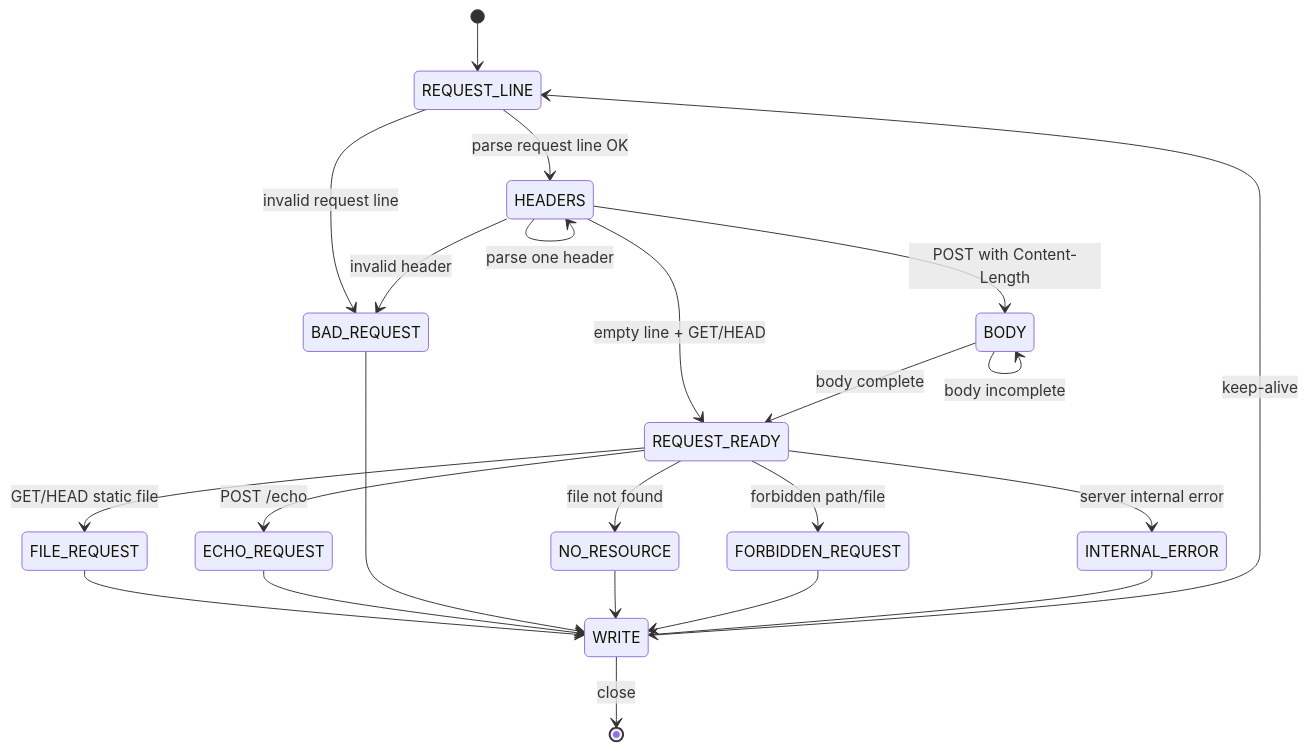
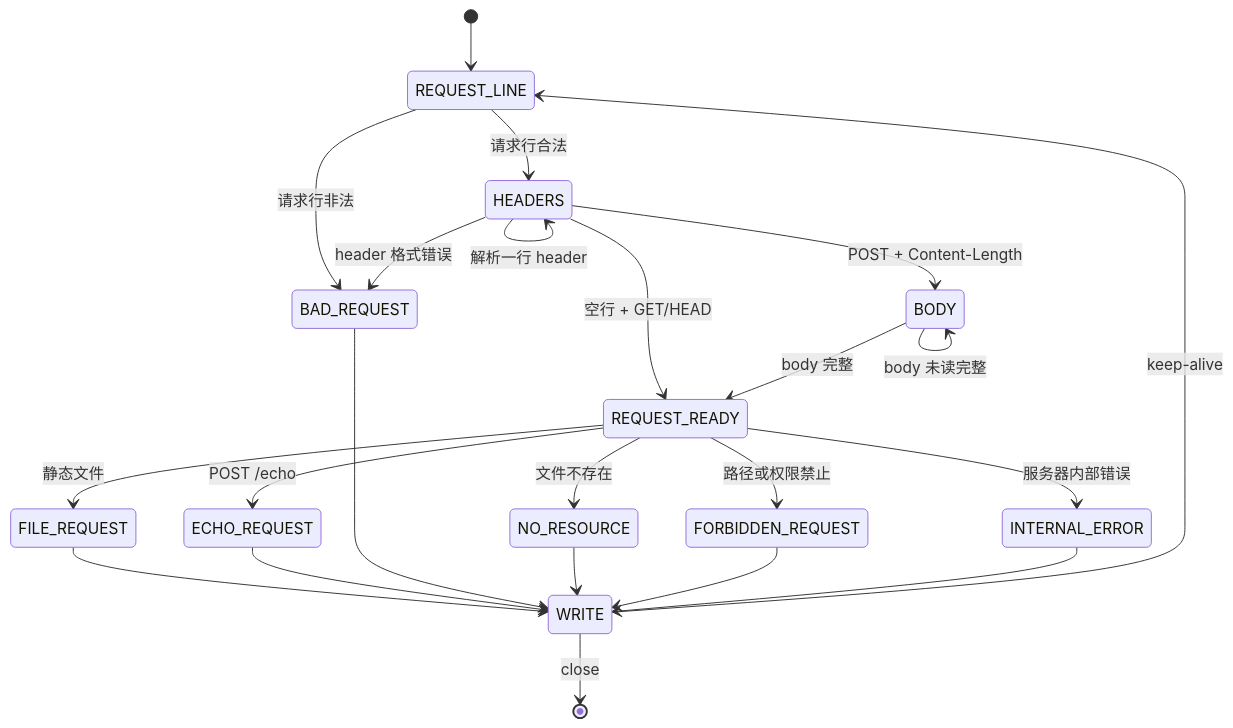
One commit to kangbaoH/VWebServer changed the third of 4 diagrams in README.zh-CN.md. Above: the diagram before and after it, drawn with Mermaid. The commit also changed other lines of this file and 2 other files, not shown here.

Commit message:
chore: Add more content to README.md.

````diff
--- a/README.zh-CN.md
+++ b/README.zh-CN.md
@@ -217,31 +98,31 @@
 ```mermaid
 stateDiagram-v2
     [*] --> REQUEST_LINE
 
-    REQUEST_LINE --> HEADERS: parse request line OK
-    REQUEST_LINE --> BAD_REQUEST: invalid request line
+    REQUEST_LINE --> HEADERS: 请求行合法
+    REQUEST_LINE --> BAD_REQUEST: 请求行非法
 
-    HEADERS --> HEADERS: parse one header
-    HEADERS --> BODY: POST with Content-Length
-    HEADERS --> REQUEST_READY: empty line + GET/HEAD
-    HEADERS --> BAD_REQUEST: invalid header
+    HEADERS --> HEADERS: 解析一行 header
+    HEADERS --> BODY: POST + Content-Length
+    HEADERS --> REQUEST_READY: 空行 + GET/HEAD
+    HEADERS --> BAD_REQUEST: header 格式错误
 
-    BODY --> BODY: body incomplete
-    BODY --> REQUEST_READY: body complete
+    BODY --> BODY: body 未读完整
+    BODY --> REQUEST_READY: body 完整
 
-    REQUEST_READY --> FILE_REQUEST: GET/HEAD static file
+    REQUEST_READY --> FILE_REQUEST: 静态文件
     REQUEST_READY --> ECHO_REQUEST: POST /echo
-    REQUEST_READY --> NO_RESOURCE: file not found
-    REQUEST_READY --> FORBIDDEN_REQUEST: forbidden path/file
-    REQUEST_READY --> INTERNAL_ERROR: server internal error
+    REQUEST_READY --> NO_RESOURCE: 文件不存在
+    REQUEST_READY --> FORBIDDEN_REQUEST: 路径或权限禁止
+    REQUEST_READY --> INTERNAL_ERROR: 服务器内部错误
 
     FILE_REQUEST --> WRITE
     ECHO_REQUEST --> WRITE
     BAD_REQUEST --> WRITE
     NO_RESOURCE --> WRITE
     FORBIDDEN_REQUEST --> WRITE
     INTERNAL_ERROR --> WRITE
 
     WRITE --> REQUEST_LINE: keep-alive
     WRITE --> [*]: close
 ```
````
